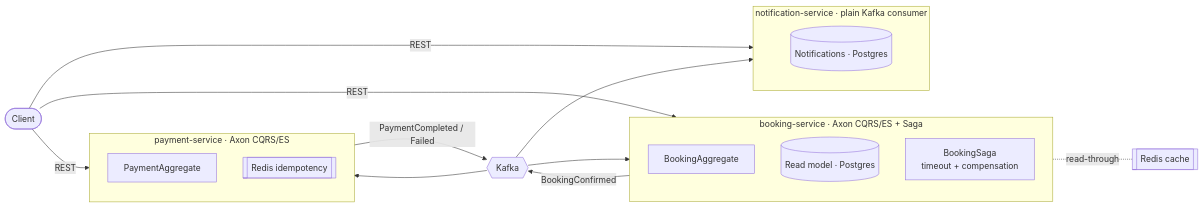
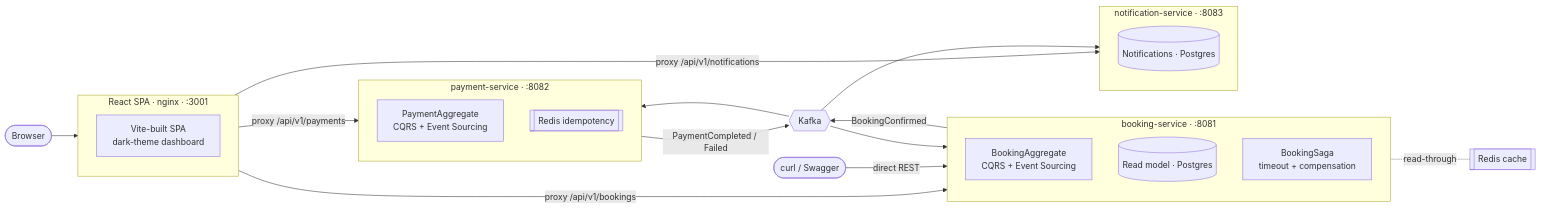
The diagram in README.md (pavankumarale-hub/tickera), drawn with Mermaid before and after one commit. The commit also changed other lines of this file, not shown here.

First line of the commit message:
docs(readme): overhaul — add UI to diagram, related projects, limitations

````diff
--- a/README.md
+++ b/README.md
@@ -24,32 +50,43 @@
 ```mermaid
 flowchart LR
-    client([Client])
+    browser([Browser])
+    cli([curl / Swagger])
 
-    subgraph booking[booking-service · Axon CQRS/ES + Saga]
+    subgraph ui_svc[React SPA · nginx · :3001]
         direction TB
-        bAgg[BookingAggregate]
+        spa[Vite-built SPA\ndark-theme dashboard]
+    end
+
+    subgraph booking[booking-service · :8081]
+        direction TB
+        bAgg[BookingAggregate\nCQRS + Event Sourcing]
         bProj[(Read model · Postgres)]
         bSaga[BookingSaga\ntimeout + compensation]
     end
-    subgraph payment[payment-service · Axon CQRS/ES]
+
+    subgraph payment[payment-service · :8082]
         direction TB
-        pAgg[PaymentAggregate]
+        pAgg[PaymentAggregate\nCQRS + Event Sourcing]
         idem[[Redis idempotency]]
     end
-    subgraph notif[notification-service · plain Kafka consumer]
+
+    subgraph notif[notification-service · :8083]
         nDb[(Notifications · Postgres)]
     end
 
     redis[[Redis cache]]
     kafka{{Kafka}}
 
-    client -->|REST| booking
-    client -->|REST| payment
-    client -->|REST| notif
+    browser --> ui_svc
+    ui_svc -->|proxy /api/v1/bookings| booking
+    ui_svc -->|proxy /api/v1/payments| payment
+    ui_svc -->|proxy /api/v1/notifications| notif
+    cli -->|direct REST| booking
+
     bProj -. read-through .- redis
     booking -->|BookingConfirmed| kafka
     kafka --> payment
     kafka --> notif
     payment -->|PaymentCompleted / Failed| kafka
     kafka --> booking
 ```
````
